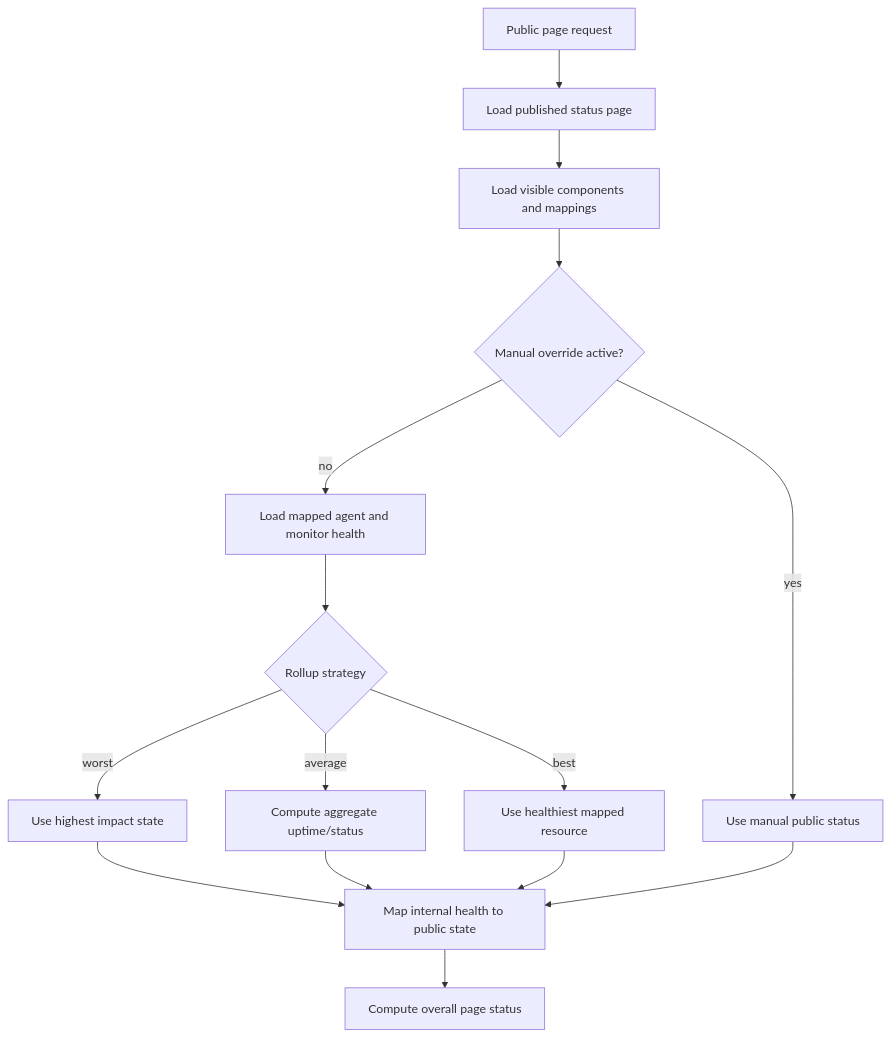
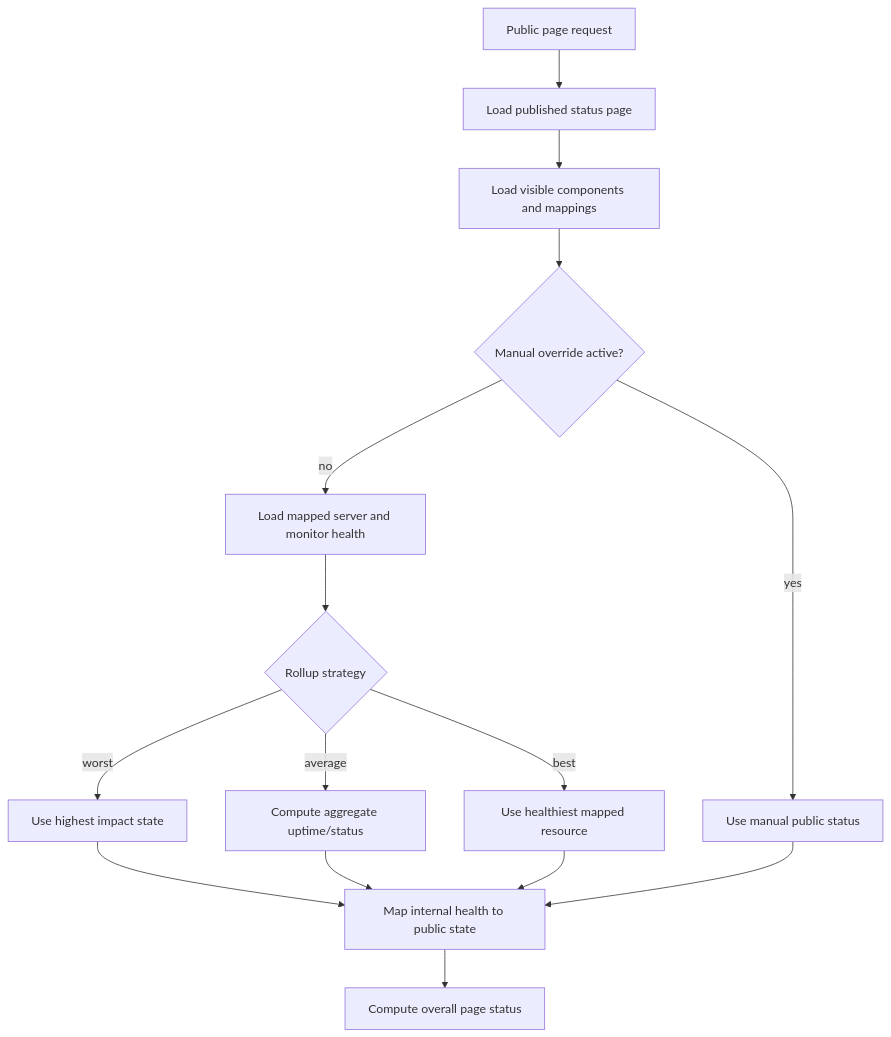
The third of 12 diagrams in docs/architecture/status-pages.md (sunday-studio/orion), drawn with Mermaid before and after one commit. The commit also changed other lines of this file and 72 other files, not shown here.

````diff
--- a/docs/architecture/status-pages.md
+++ b/docs/architecture/status-pages.md
@@ -276,17 +276,17 @@
 ```mermaid
 flowchart TD
   Request["Public page request"] --> LoadPage["Load published status page"]
   LoadPage --> LoadComponents["Load visible components and mappings"]
   LoadComponents --> Override{"Manual override active?"}
   Override -- "yes" --> Manual["Use manual public status"]
-  Override -- "no" --> Resources["Load mapped agent and monitor health"]
+  Override -- "no" --> Resources["Load mapped server and monitor health"]
   Resources --> Strategy{"Rollup strategy"}
   Strategy -- "worst" --> Worst["Use highest impact state"]
   Strategy -- "average" --> Average["Compute aggregate uptime/status"]
   Strategy -- "best" --> Best["Use healthiest mapped resource"]
   Worst --> PublicState["Map internal health to public state"]
   Average --> PublicState
   Best --> PublicState
   Manual --> PublicState
   PublicState --> Overall["Compute overall page status"]
 ```
````
